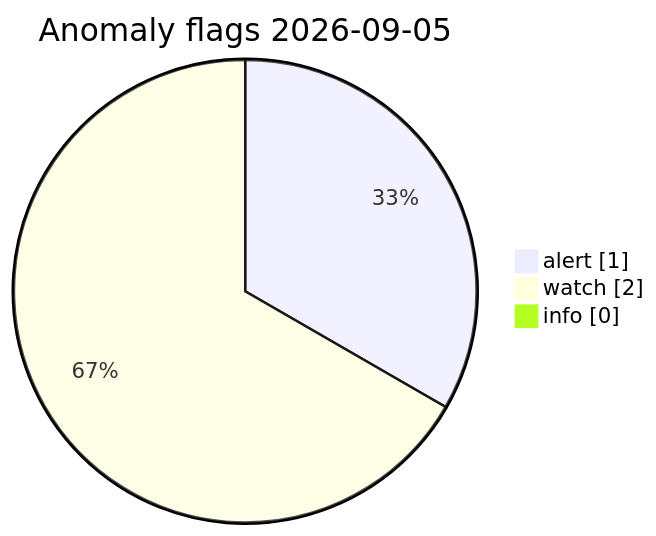
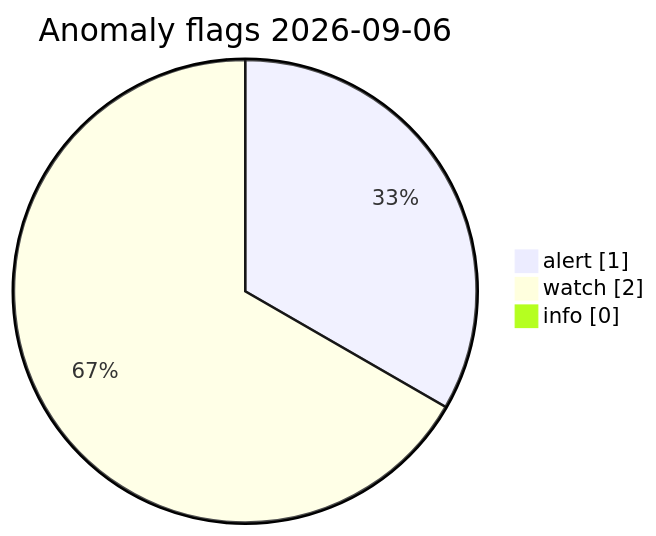
One commit to Midwest-Stratospheric/Unified-Open-Global-Weather changed the diagram in visuals/latest/CHARTS.md. Above: the diagram before and after it, drawn with Mermaid. The commit also changed other lines of this file and 11 other files, not shown here.

Commit message:
data(visuals): automated charts 2026-09-06T11:01Z

````diff
--- a/visuals/latest/CHARTS.md
+++ b/visuals/latest/CHARTS.md
@@ -73,7 +73,7 @@
 ```mermaid
 pie showData
-  title Anomaly flags 2026-09-05
+  title Anomaly flags 2026-09-06
   "alert" : 1
   "watch" : 2
   "info" : 0
 ```
````
